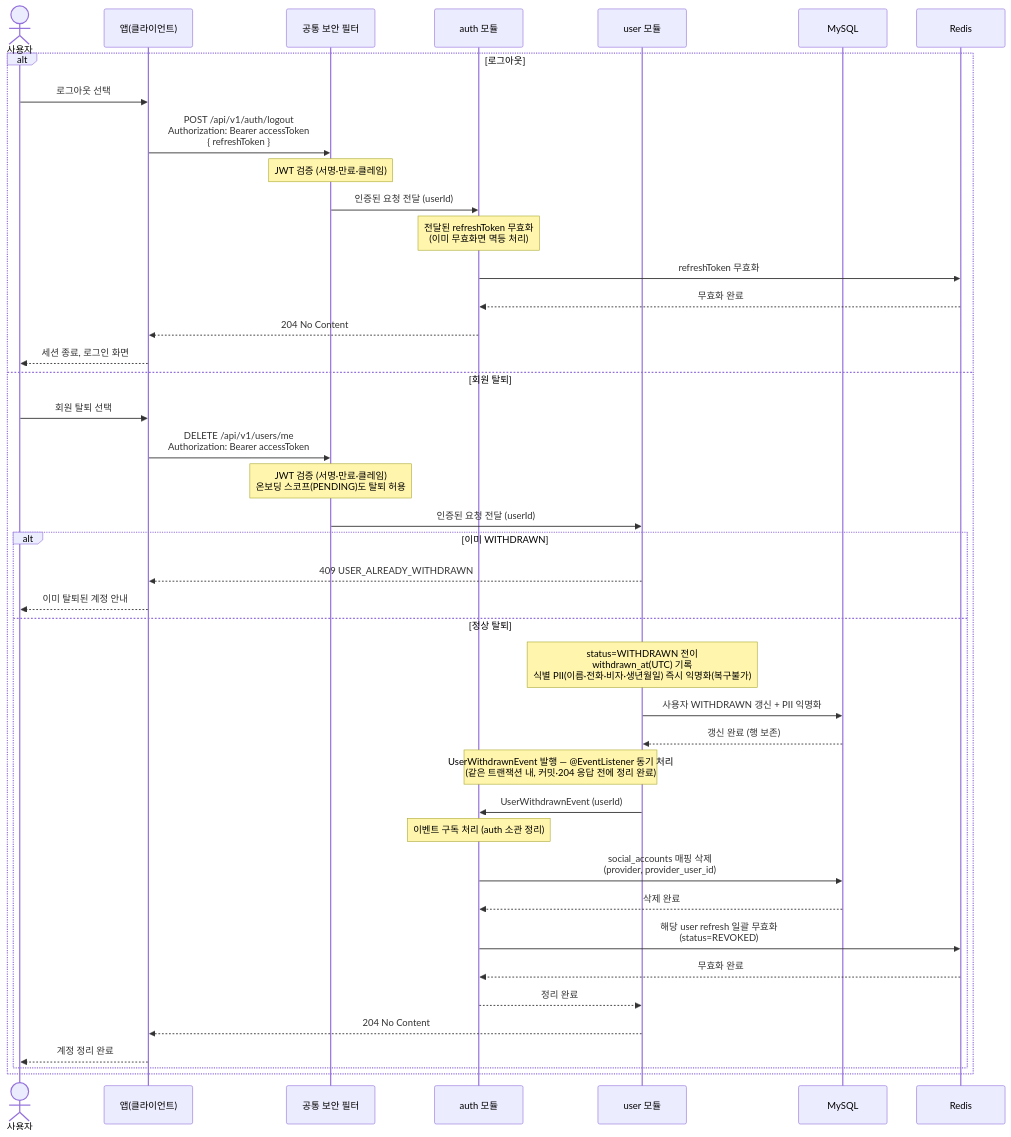
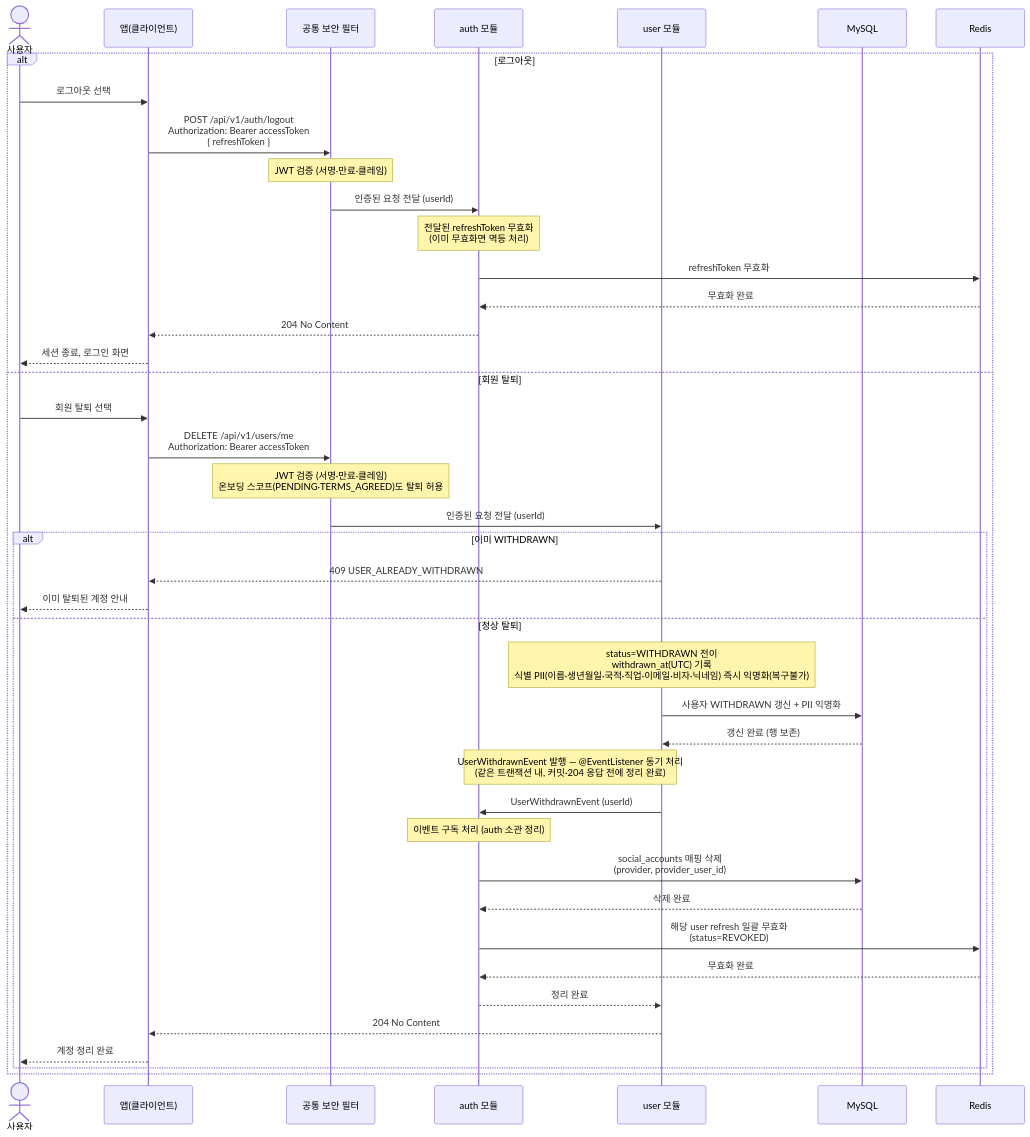
Before and after one commit to jameskim9509/Kohere-backend: the diagram in docs/architecture/sequence-diagrams/01-auth-onboarding/us-1-4-logout-withdraw.md, drawn with Mermaid. The commit also changed other lines of this file and 83 other files, not shown here.

First line of the commit message:
feat(auth): 온보딩 약관 동의·이메일 인증 추가 (#32)

````diff
--- a/docs/architecture/sequence-diagrams/01-auth-onboarding/us-1-4-logout-withdraw.md
+++ b/docs/architecture/sequence-diagrams/01-auth-onboarding/us-1-4-logout-withdraw.md
@@ -5,45 +5,45 @@
 ```mermaid
 sequenceDiagram
     actor U as 사용자
     participant C as 앱(클라이언트)
     participant SEC as 공통 보안 필터
     participant AUTH as auth 모듈
     participant USER as user 모듈
     participant SQL as MySQL
     participant RDS as Redis
 
     alt 로그아웃
         U->>C: 로그아웃 선택
         C->>SEC: POST /api/v1/auth/logout<br/>Authorization: Bearer accessToken<br/>{ refreshToken }
         Note over SEC: JWT 검증 (서명·만료·클레임)
         SEC->>AUTH: 인증된 요청 전달 (userId)
         Note over AUTH: 전달된 refreshToken 무효화<br/>(이미 무효화면 멱등 처리)
         AUTH->>RDS: refreshToken 무효화
         RDS-->>AUTH: 무효화 완료
         AUTH-->>C: 204 No Content
         C-->>U: 세션 종료, 로그인 화면
     else 회원 탈퇴
         U->>C: 회원 탈퇴 선택
         C->>SEC: DELETE /api/v1/users/me<br/>Authorization: Bearer accessToken
-        Note over SEC: JWT 검증 (서명·만료·클레임)<br/>온보딩 스코프(PENDING)도 탈퇴 허용
+        Note over SEC: JWT 검증 (서명·만료·클레임)<br/>온보딩 스코프(PENDING·TERMS_AGREED)도 탈퇴 허용
         SEC->>USER: 인증된 요청 전달 (userId)
         alt 이미 WITHDRAWN
             USER-->>C: 409 USER_ALREADY_WITHDRAWN
             C-->>U: 이미 탈퇴된 계정 안내
         else 정상 탈퇴
-            Note over USER: status=WITHDRAWN 전이<br/>withdrawn_at(UTC) 기록<br/>식별 PII(이름·전화·비자·생년월일) 즉시 익명화(복구불가)
+            Note over USER: status=WITHDRAWN 전이<br/>withdrawn_at(UTC) 기록<br/>식별 PII(이름·생년월일·국적·직업·이메일·비자·닉네임) 즉시 익명화(복구불가)
             USER->>SQL: 사용자 WITHDRAWN 갱신 + PII 익명화
             SQL-->>USER: 갱신 완료 (행 보존)
             Note over USER,AUTH: UserWithdrawnEvent 발행 — @EventListener 동기 처리<br/>(같은 트랜잭션 내, 커밋·204 응답 전에 정리 완료)
             USER->>AUTH: UserWithdrawnEvent (userId)
             Note over AUTH: 이벤트 구독 처리 (auth 소관 정리)
             AUTH->>SQL: social_accounts 매핑 삭제<br/>(provider, provider_user_id)
             SQL-->>AUTH: 삭제 완료
             AUTH->>RDS: 해당 user refresh 일괄 무효화<br/>(status=REVOKED)
             RDS-->>AUTH: 무효화 완료
             AUTH-->>USER: 정리 완료
             USER-->>C: 204 No Content
             C-->>U: 계정 정리 완료
         end
     end
 ```
````
